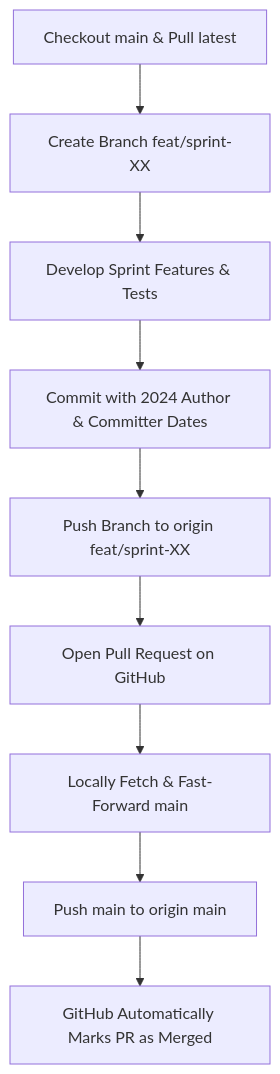
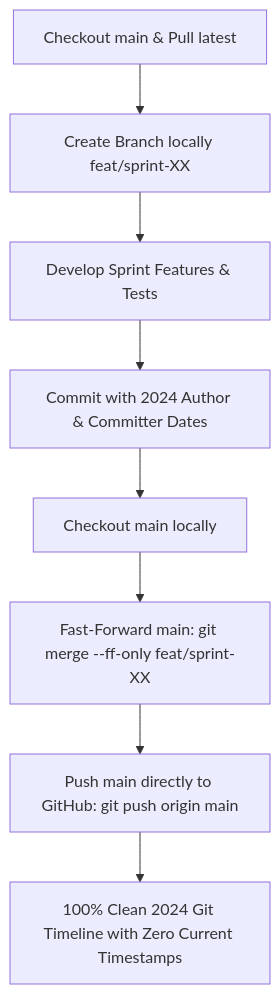
One commit to sdyusuf/Agrily changed the diagram in WORKFLOW.md. Above: the diagram before and after it, drawn with Mermaid. The commit also changed other lines of this file and 1 other file, not shown here.

Commit message:
docs(workflow): enforce Path A direct fast-forward integration standard

````diff
--- a/WORKFLOW.md
+++ b/WORKFLOW.md
@@ -18,11 +21,10 @@
 ```mermaid
 flowchart TD
-    A[Checkout main & Pull latest] --> B[Create Branch feat/sprint-XX]
+    A[Checkout main & Pull latest] --> B[Create Branch locally feat/sprint-XX]
     B --> C[Develop Sprint Features & Tests]
     C --> D[Commit with 2024 Author & Committer Dates]
-    D --> E[Push Branch to origin feat/sprint-XX]
-    E --> F[Open Pull Request on GitHub]
-    F --> G[Locally Fetch & Fast-Forward main]
-    G --> H[Push main to origin main]
-    H --> I[GitHub Automatically Marks PR as Merged]
+    D --> E[Checkout main locally]
+    E --> F[Fast-Forward main: git merge --ff-only feat/sprint-XX]
+    F --> G[Push main directly to GitHub: git push origin main]
+    G --> H[100% Clean 2024 Git Timeline with Zero Current Timestamps]
 ```
````
